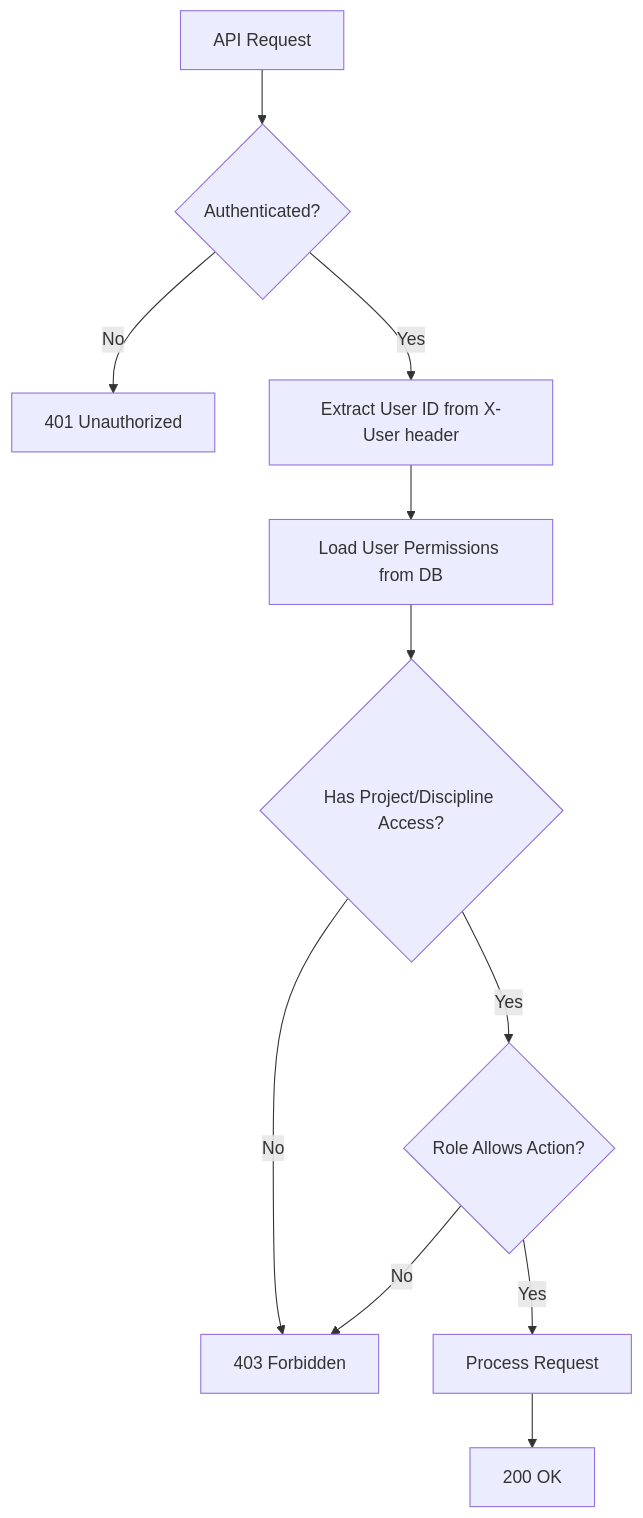
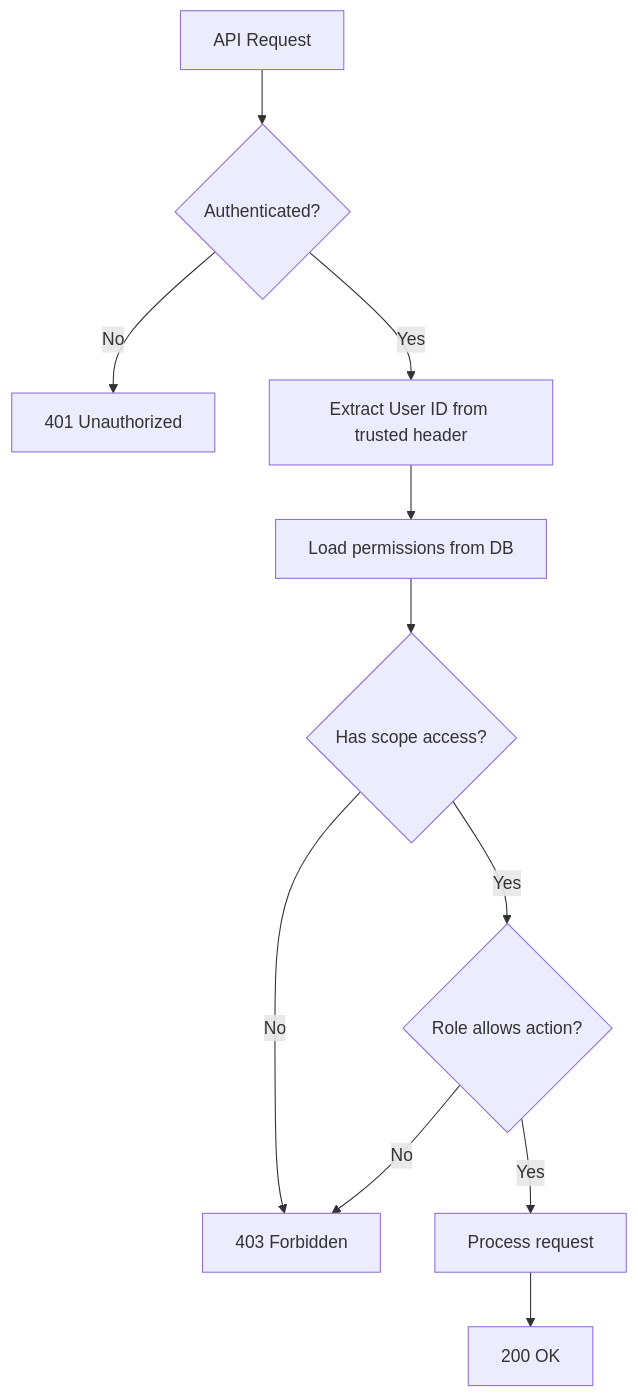
One commit to veep2012/flow_gen2_frontend changed the third of 3 diagrams in documentation/auth_architecture.md. Above: the diagram before and after it, drawn with Mermaid. The commit also changed other lines of this file and 15 other files, not shown here.

````diff
--- a/documentation/auth_architecture.md
+++ b/documentation/auth_architecture.md
@@ -462,13 +280,13 @@
 ```mermaid
 flowchart TD
     A[API Request] --> B{Authenticated?}
     B -->|No| C[401 Unauthorized]
-    B -->|Yes| D[Extract User ID from X-User header]
-    D --> E[Load User Permissions from DB]
-    E --> F{Has Project/Discipline Access?}
+    B -->|Yes| D[Extract User ID from trusted header]
+    D --> E[Load permissions from DB]
+    E --> F{Has scope access?}
     F -->|No| G[403 Forbidden]
-    F -->|Yes| H{Role Allows Action?}
+    F -->|Yes| H{Role allows action?}
     H -->|No| G
-    H -->|Yes| I[Process Request]
+    H -->|Yes| I[Process request]
     I --> J[200 OK]
 ```
````
